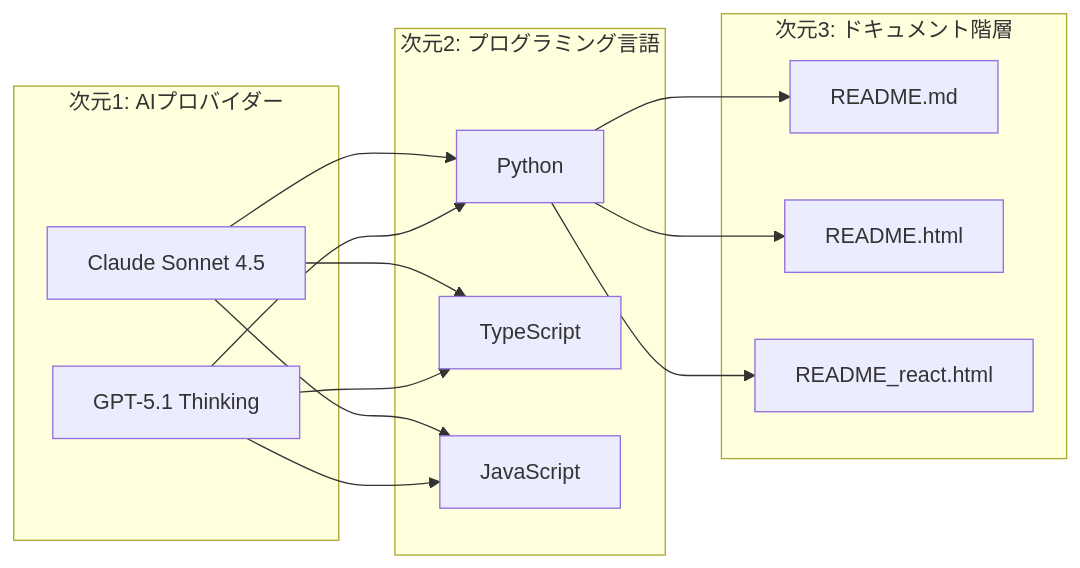
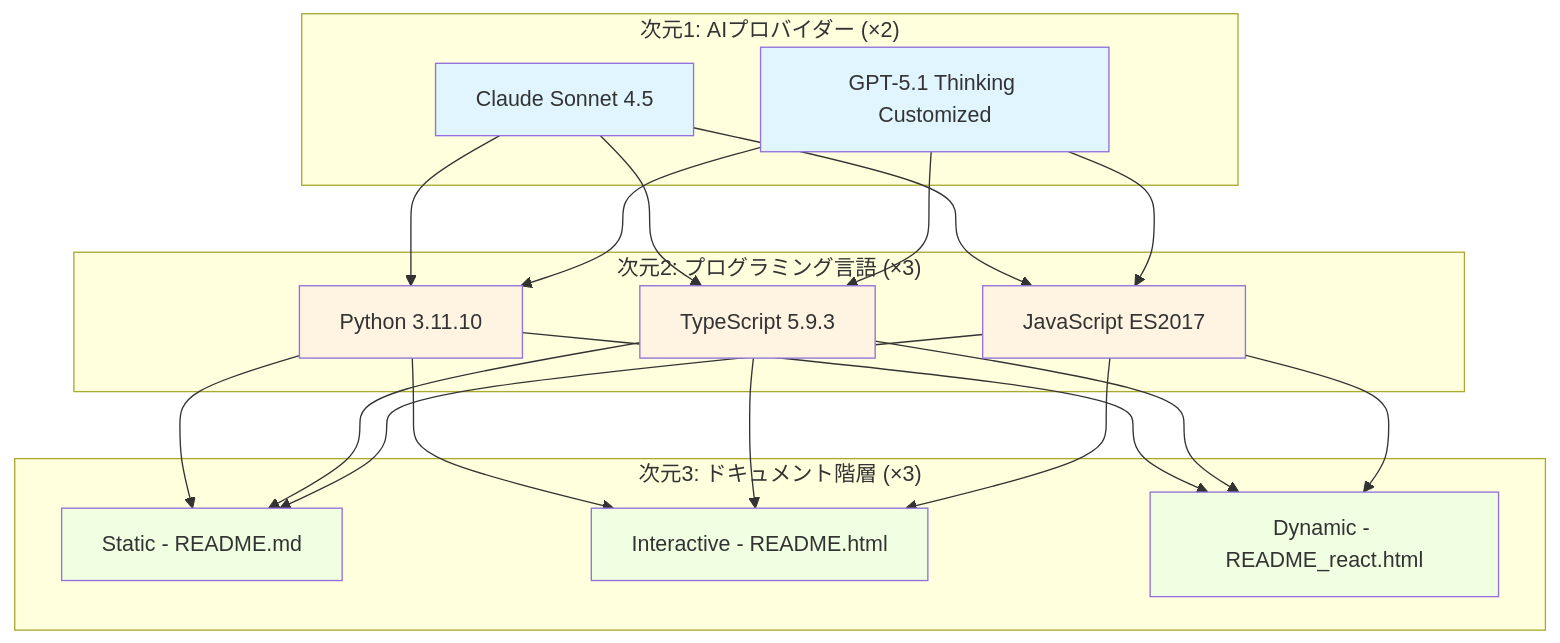
The first of 9 diagrams in README.md (myoshi2891/Algorithm-DataStructures-Math-SQL), drawn with Mermaid before and after one commit. The commit also changed other lines of this file, not shown here.

````diff
--- a/README.md
+++ b/README.md
@@ -50,30 +25,45 @@
 ```mermaid
-graph LR
-    subgraph "次元1: AIプロバイダー"
+graph TB
+    subgraph "次元1: AIプロバイダー (×2)"
         A1[Claude Sonnet 4.5]
-        A2[GPT-5.1 Thinking]
+        A2[GPT-5.1 Thinking Customized]
     end
-
-    subgraph "次元2: プログラミング言語"
-        B1[Python]
-        B2[TypeScript]
-        B3[JavaScript]
+    
+    subgraph "次元2: プログラミング言語 (×3)"
+        L1[Python 3.11.10]
+        L2[TypeScript 5.9.3]
+        L3[JavaScript ES2017]
     end
-
-    subgraph "次元3: ドキュメント階層"
-        C1[README.md]
-        C2[README.html]
-        C3[README_react.html]
+    
+    subgraph "次元3: ドキュメント階層 (×3)"
+        D1[Static - README.md]
+        D2[Interactive - README.html]
+        D3[Dynamic - README_react.html]
     end
-
-    A1 --> B1
-    A1 --> B2
-    A1 --> B3
-    A2 --> B1
-    A2 --> B2
-    A2 --> B3
-
-    B1 --> C1
-    B1 --> C2
-    B1 --> C3
+    
+    A1 --> L1
+    A1 --> L2
+    A1 --> L3
+    A2 --> L1
+    A2 --> L2
+    A2 --> L3
+    
+    L1 --> D1
+    L1 --> D2
+    L1 --> D3
+    L2 --> D1
+    L2 --> D2
+    L2 --> D3
+    L3 --> D1
+    L3 --> D2
+    L3 --> D3
+    
+    style A1 fill:#e1f5ff
+    style A2 fill:#e1f5ff
+    style L1 fill:#fff4e1
+    style L2 fill:#fff4e1
+    style L3 fill:#fff4e1
+    style D1 fill:#f0ffe1
+    style D2 fill:#f0ffe1
+    style D3 fill:#f0ffe1
 ```
````
